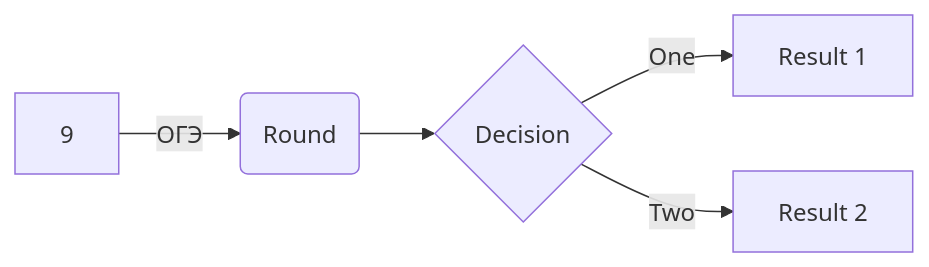
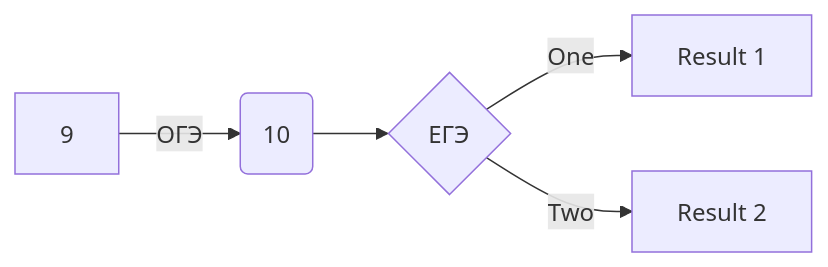
Before and after one commit to churka1488/zzzzzzz: the diagram in README.md, drawn with Mermaid.

````diff
--- a/README.md
+++ b/README.md
@@ -47,8 +47,8 @@
 ```mermaid
 flowchart LR
 
-A[9] -->|ОГЭ| B(Round)
-B --> C{Decision}
+A[9] -->|ОГЭ| B(10)
+B --> C{ЕГЭ}
 C -->|One| D[Result 1]
 C -->|Two| E[Result 2]
 ```
````
